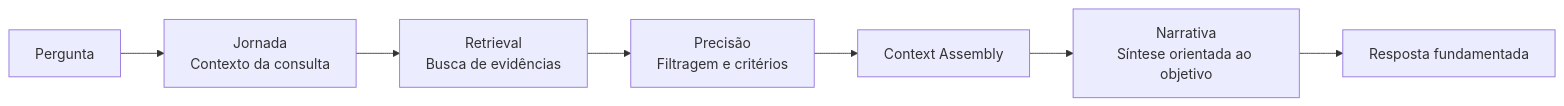
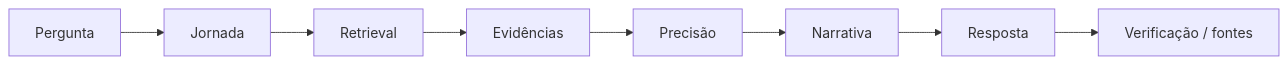
One commit to tiagolif/JPN-Framework changed the second of 2 diagrams in README.md. Above: the diagram before and after it, drawn with Mermaid. The commit also changed other lines of this file, not shown here.

````diff
--- a/README.md
+++ b/README.md
@@ -257,9 +321,10 @@
 ```mermaid
 flowchart LR
-    Q[Pergunta] --> J[Jornada\nContexto da consulta]
-    J --> R[Retrieval\nBusca de evidências]
-    R --> P[Precisão\nFiltragem e critérios]
-    P --> C[Context Assembly]
-    C --> N[Narrativa\nSíntese orientada ao objetivo]
-    N --> G[Resposta fundamentada]
+    Q[Pergunta] --> J[Jornada]
+    J --> R[Retrieval]
+    R --> E[Evidências]
+    E --> P[Precisão]
+    P --> N[Narrativa]
+    N --> O[Resposta]
+    O --> V[Verificação / fontes]
 ```
````
